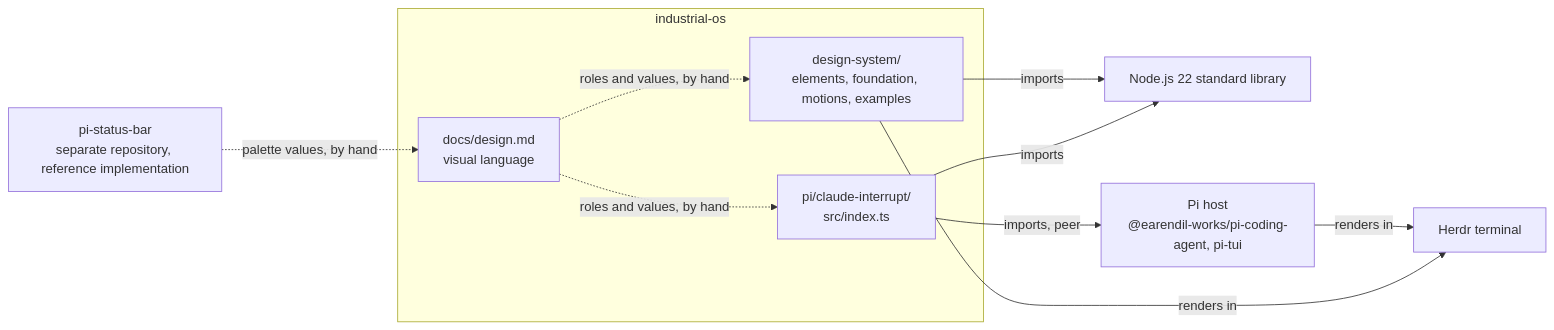
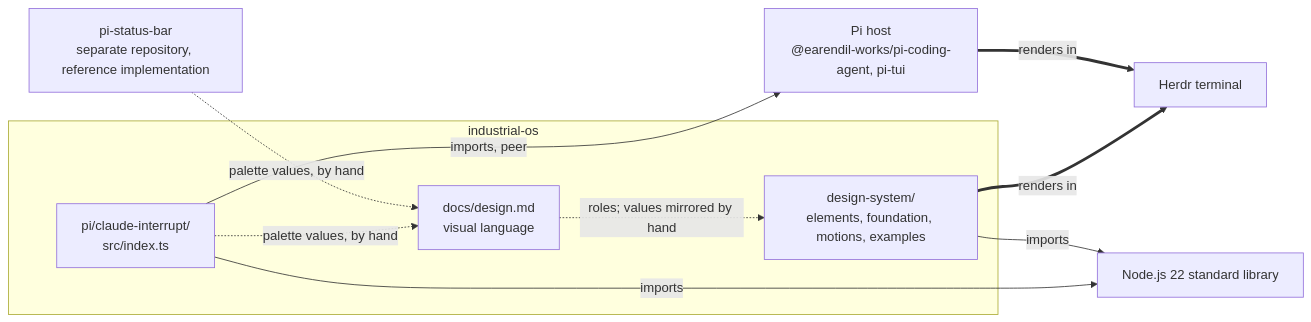
Before and after one commit to jigenator/industrial-os: the diagram in docs/architecture.md, drawn with Mermaid. The commit also changed other lines of this file and 11 other files, not shown here.

````diff
--- a/docs/architecture.md
+++ b/docs/architecture.md
@@ -21,21 +21,21 @@
 ```mermaid
 flowchart LR
     subgraph repo["industrial-os"]
         DS["design-system/<br/>elements, foundation, motions, examples"]
         CI["pi/claude-interrupt/<br/>src/index.ts"]
         Design["docs/design.md<br/>visual language"]
     end
     Node["Node.js 22 standard library"]
     PiHost["Pi host<br/>@earendil-works/pi-coding-agent, pi-tui"]
     Herdr["Herdr terminal"]
     StatusBar["pi-status-bar<br/>separate repository, reference implementation"]
 
     DS -->|imports| Node
     CI -->|imports, peer| PiHost
     CI -->|imports| Node
-    PiHost -->|renders in| Herdr
-    DS -->|renders in| Herdr
+    PiHost ==>|renders in| Herdr
+    DS ==>|renders in| Herdr
     StatusBar -.->|palette values, by hand| Design
-    Design -.->|roles and values, by hand| DS
-    Design -.->|roles and values, by hand| CI
+    CI -.->|palette values, by hand| Design
+    Design -.->|roles; values mirrored by hand| DS
 ```
````
